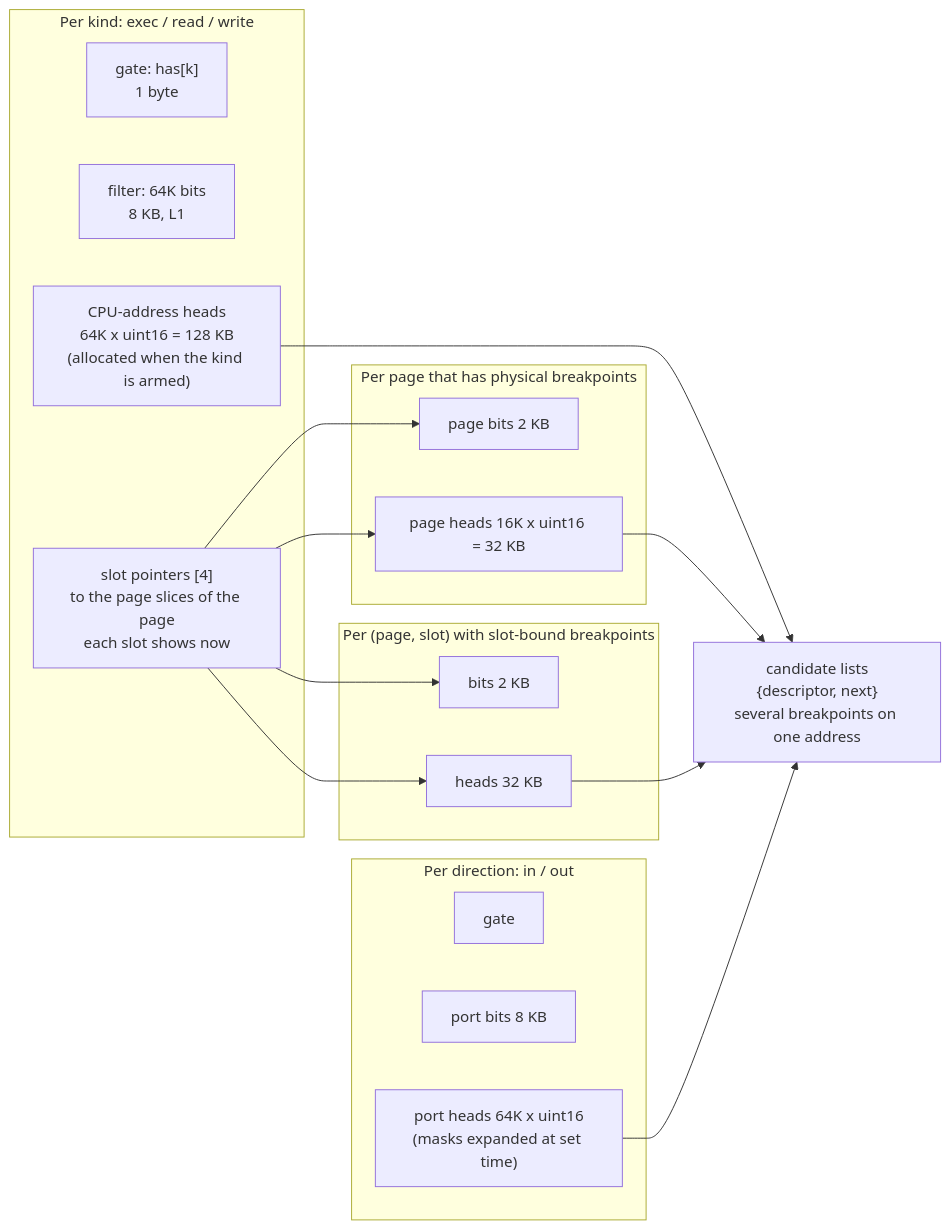
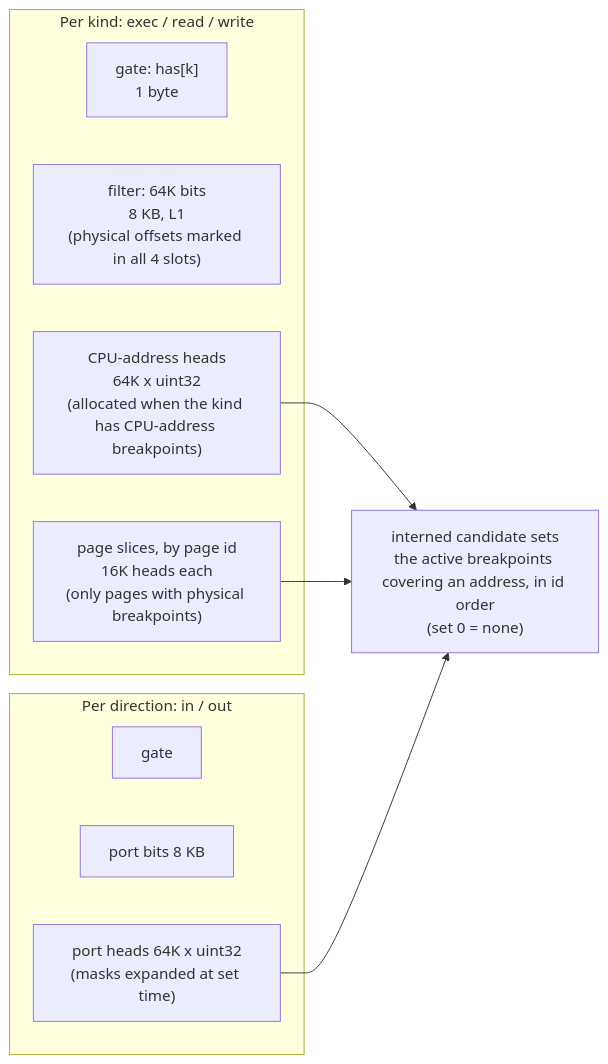
Before and after one commit to alfishe/unreal-ng: the first of 3 diagrams in docs/inprogress/2026-08-17-conditional-breakpoints/hotpath-matching-design.md, drawn with Mermaid. The commit also changed other lines of this file and 30 other files, not shown here.

First line of the commit message:
feat(breakpoints): ranges, physical pages, port masks and hit counts on a faster hot path

````diff
--- a/docs/inprogress/2026-08-17-conditional-breakpoints/hotpath-matching-design.md
+++ b/docs/inprogress/2026-08-17-conditional-breakpoints/hotpath-matching-design.md
@@ -44,28 +45,18 @@
 ```mermaid
 flowchart LR
     subgraph PerKind["Per kind: exec / read / write"]
         G["gate: has[k]<br/>1 byte"]
-        F["filter: 64K bits<br/>8 KB, L1"]
-        Z["CPU-address heads<br/>64K x uint16 = 128 KB<br/>(allocated when the kind is armed)"]
-        SP["slot pointers [4]<br/>to the page slices of the page<br/>each slot shows now"]
-    end
-    subgraph Slices["Per page that has physical breakpoints"]
-        PB["page bits 2 KB"]
-        PH["page heads 16K x uint16 = 32 KB"]
-    end
-    subgraph Bound["Per (page, slot) with slot-bound breakpoints"]
-        BB["bits 2 KB"]
-        BH["heads 32 KB"]
+        F["filter: 64K bits<br/>8 KB, L1<br/>(physical offsets marked in all 4 slots)"]
+        Z["CPU-address heads<br/>64K x uint32<br/>(allocated when the kind has CPU-address breakpoints)"]
+        PS["page slices, by page id<br/>16K heads each<br/>(only pages with physical breakpoints)"]
     end
     subgraph Ports["Per direction: in / out"]
         PG["gate"]
         PF["port bits 8 KB"]
-        PHD["port heads 64K x uint16<br/>(masks expanded at set time)"]
+        PHD["port heads 64K x uint32<br/>(masks expanded at set time)"]
     end
-    C["candidate lists<br/>{descriptor, next}<br/>several breakpoints on one address"]
-    SP --> PB & PH & BB & BH
+    C["interned candidate sets<br/>the active breakpoints covering an address, in id order<br/>(set 0 = none)"]
     Z --> C
-    PH --> C
-    BH --> C
+    PS --> C
     PHD --> C
 ```
````
